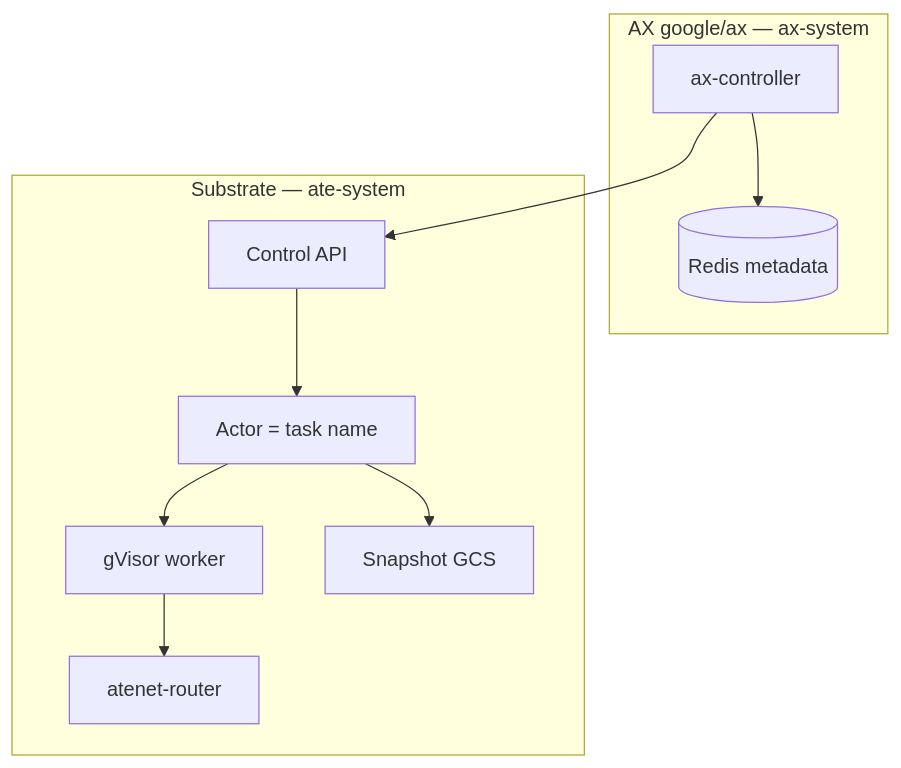
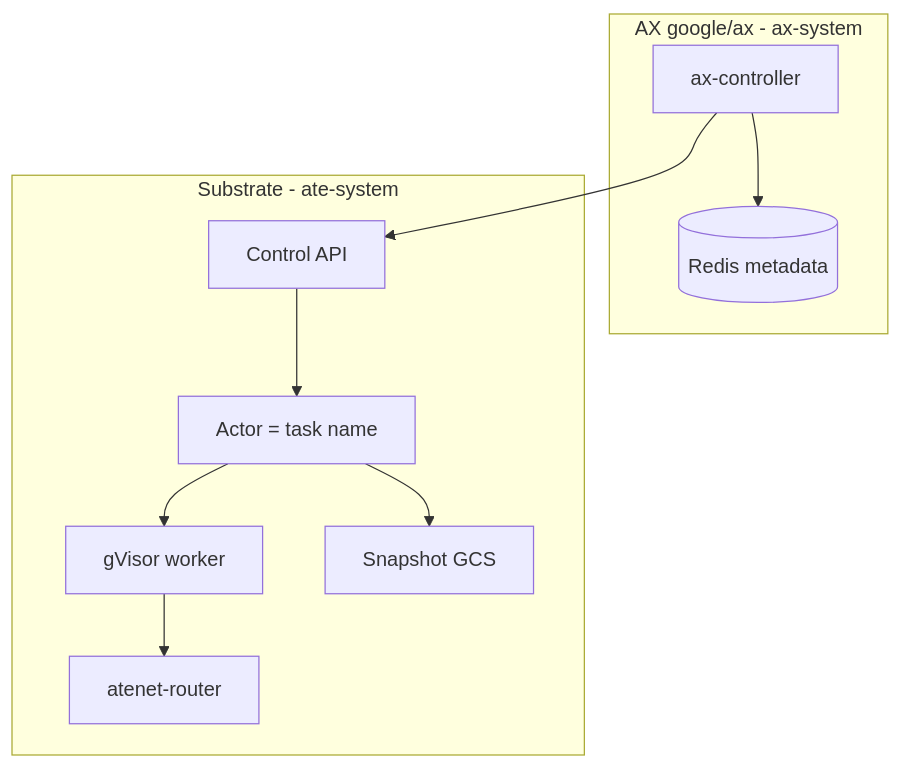
One commit to sushant24-ai/AX-disect changed the diagram in learn/ax-subjects/08-substrate/README.md. Above: the diagram before and after it, drawn with Mermaid. The commit also changed other lines of this file and 13 other files, not shown here.

````diff
--- a/learn/ax-subjects/08-substrate/README.md
+++ b/learn/ax-subjects/08-substrate/README.md
@@ -21,20 +21,20 @@
 ```mermaid
 flowchart TB
-  subgraph ax["AX google/ax — ax-system"]
+  subgraph ax["AX google/ax - ax-system"]
     CTL["ax-controller"]
     REDIS[(Redis metadata)]
   end
 
-  subgraph sub["Substrate — ate-system"]
+  subgraph sub["Substrate - ate-system"]
     API["Control API"]
     ACT["Actor = task name"]
     WRK["gVisor worker"]
     SNAP["Snapshot GCS"]
     NET["atenet-router"]
   end
 
   CTL --> API --> ACT --> WRK
   ACT --> SNAP
   WRK --> NET
   CTL --> REDIS
 ```
````
